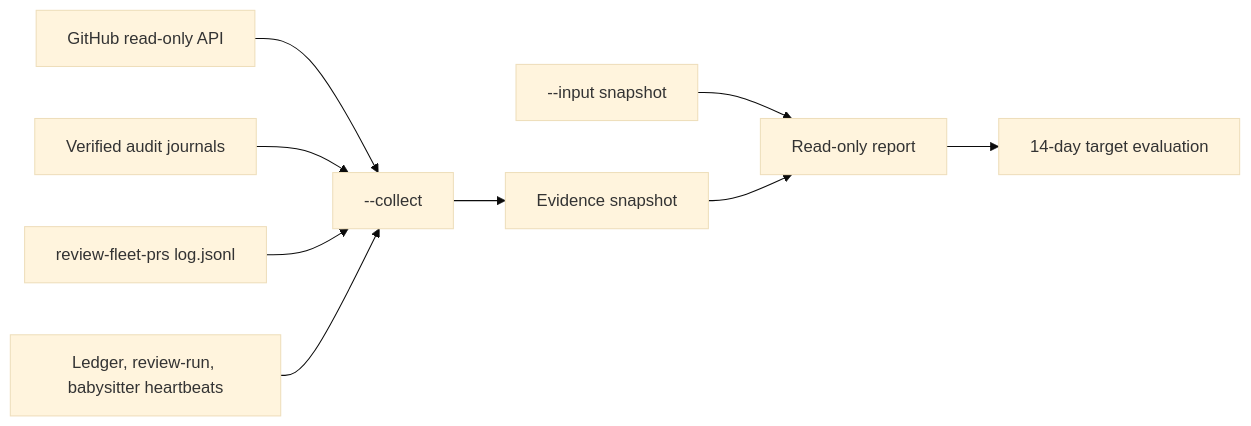
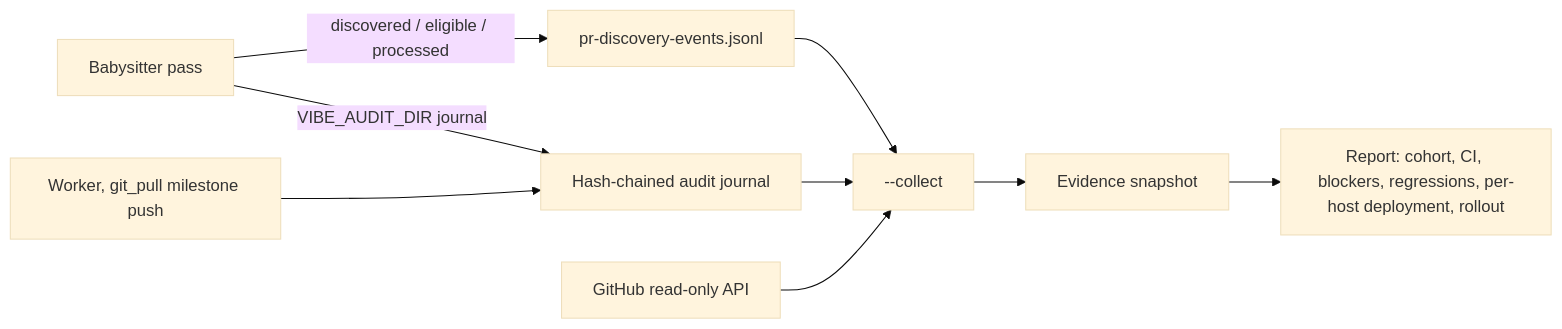
One commit to stSoftwareAU/VibeCoder changed the diagram in docs/archive/pr-summaries/pr-summary-4658.md. Above: the diagram before and after it, drawn with Mermaid (base theme). The commit also changed other lines of this file and 1 other file, not shown here.

````diff
--- a/docs/archive/pr-summaries/pr-summary-4658.md
+++ b/docs/archive/pr-summaries/pr-summary-4658.md
@@ -86,11 +20,10 @@
 ```mermaid
 flowchart LR
+    B[Babysitter pass] -->|discovered / eligible / processed| E[pr-discovery-events.jsonl]
+    B -->|VIBE_AUDIT_DIR journal| J[Hash-chained audit journal]
+    W[Worker, git_pull milestone push] --> J
     G[GitHub read-only API] --> C[--collect]
-    A[Verified audit journals] --> C
-    L[review-fleet-prs log.jsonl] --> C
-    H[Ledger, review-run, babysitter heartbeats] --> C
-    C --> S[Evidence snapshot]
-    I[--input snapshot] --> R[Read-only report]
-    S --> R
-    R --> T[14-day target evaluation]
+    J --> C
+    E --> C
+    C --> S[Evidence snapshot] --> R[Report: cohort, CI, blockers, regressions, per-host deployment, rollout]
 ```
````
